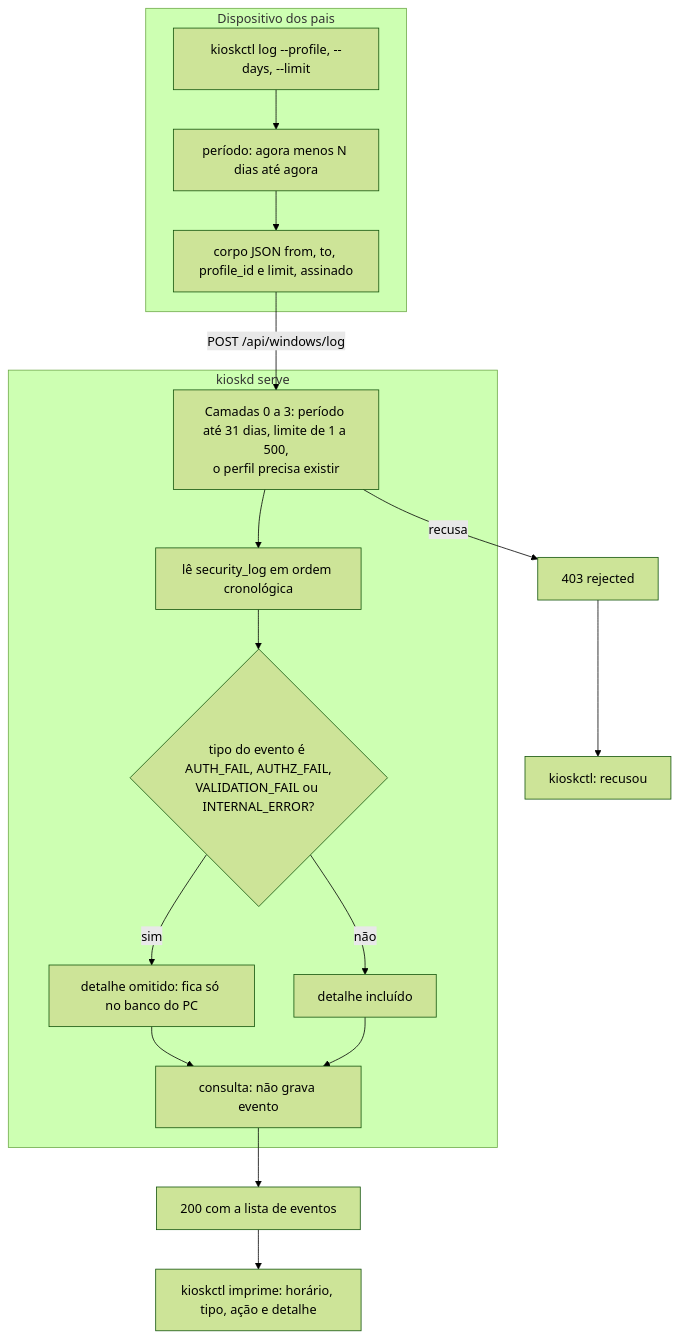
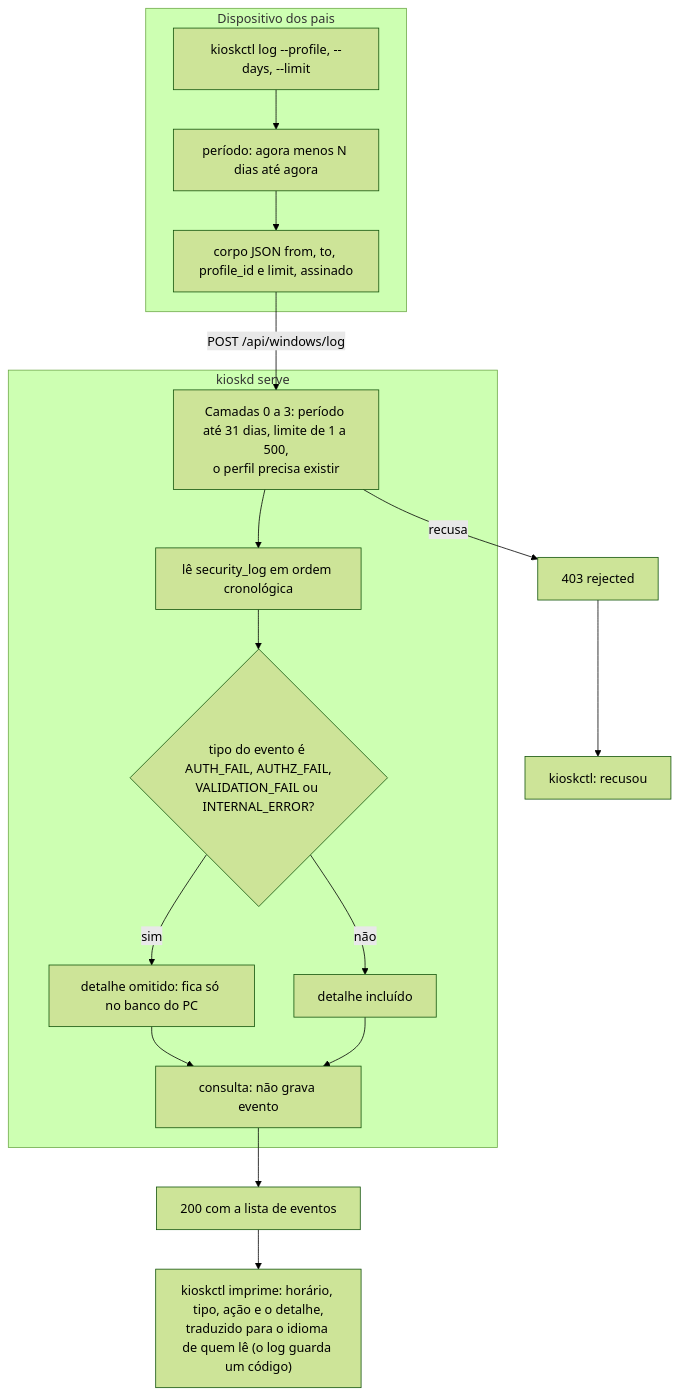
Before and after one commit to jefersonlop3s/kiosk-engine: diagram 28 of 28 in docs/architecture/fluxos-dos-comandos.md, drawn with Mermaid (forest theme). The commit also changed other lines of this file and 35 other files, not shown here.

````diff
--- a/docs/architecture/fluxos-dos-comandos.md
+++ b/docs/architecture/fluxos-dos-comandos.md
@@ -470,20 +470,20 @@
 ```mermaid
 flowchart TD
     subgraph PAIS["Dispositivo dos pais"]
         A["kioskctl log --profile, --days, --limit"] --> B["período: agora menos N dias até agora"]
         B --> C["corpo JSON from, to, profile_id e limit, assinado"]
     end
     C -->|"POST /api/windows/log"| D
     subgraph SRV["kioskd serve"]
         D["Camadas 0 a 3: período até 31 dias, limite de 1 a 500,<br/>o perfil precisa existir"] --> E["lê security_log em ordem cronológica"]
         E --> F{"tipo do evento é AUTH_FAIL, AUTHZ_FAIL,<br/>VALIDATION_FAIL ou INTERNAL_ERROR?"}
         F -->|sim| G["detalhe omitido: fica só no banco do PC"]
         F -->|não| H["detalhe incluído"]
         G --> I["consulta: não grava evento"]
         H --> I
     end
     D -->|recusa| R1["403 rejected"]
     I --> R2["200 com a lista de eventos"]
     R1 --> J1["kioskctl: recusou"]
-    R2 --> J2["kioskctl imprime: horário, tipo, ação e detalhe"]
+    R2 --> J2["kioskctl imprime: horário, tipo, ação e o detalhe,<br/>traduzido para o idioma de quem lê (o log guarda um código)"]
 ```
````
